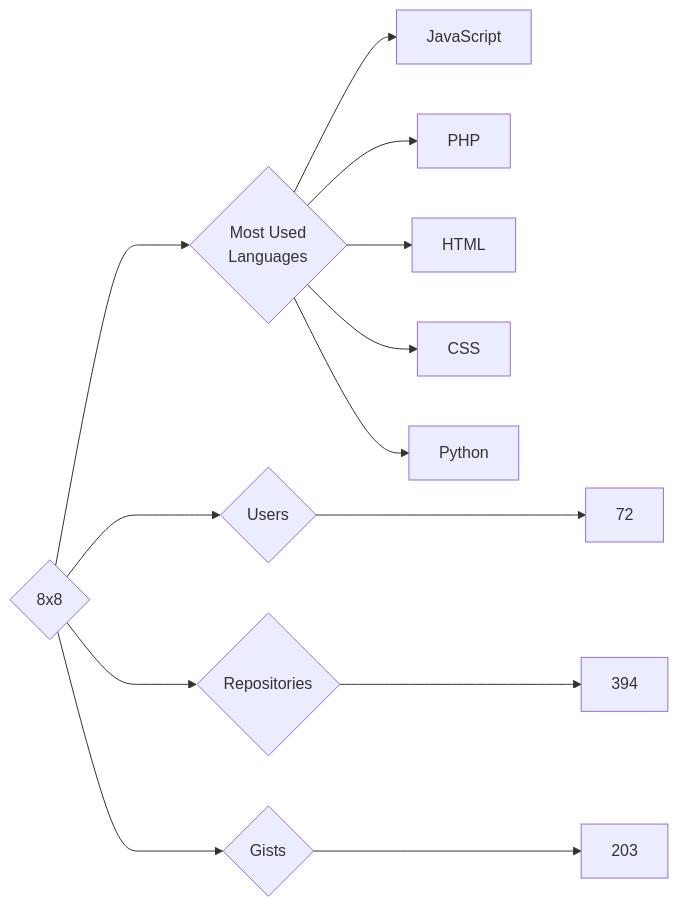
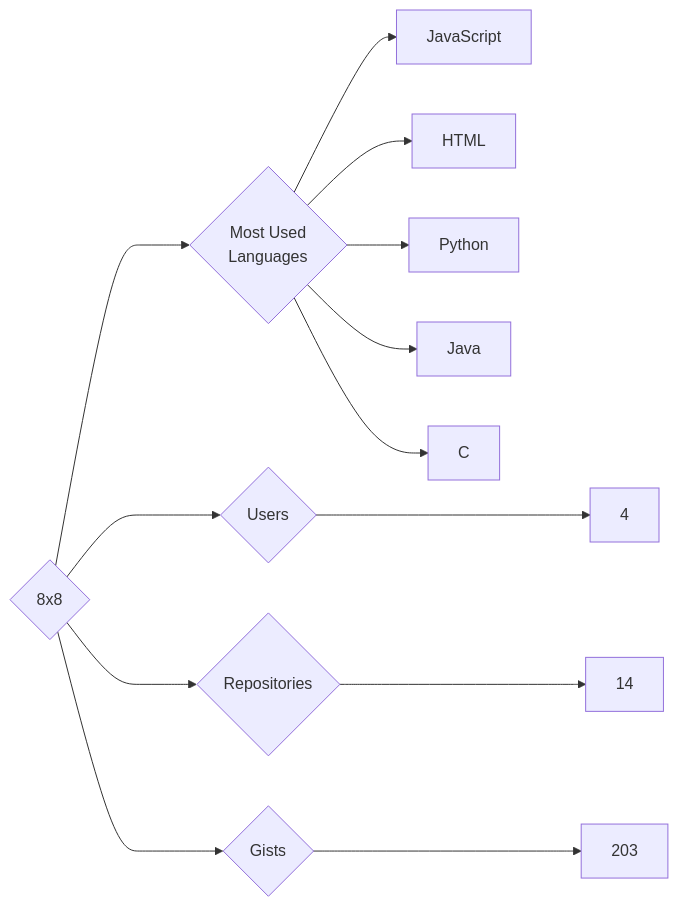
The diagram in targets/8x8/README.md (trickest/insiders), drawn with Mermaid before and after one commit. The commit also changed 942 other files, not shown here.

````diff
--- a/targets/8x8/README.md
+++ b/targets/8x8/README.md
@@ -3,13 +3,13 @@
 ```mermaid
 graph LR
 COMPANY_NAME{8x8}
-COMPANY_NAME ---> U{Users} ---> UN[72]
-COMPANY_NAME ---> R{Repositories} ---> RN[394]
+COMPANY_NAME ---> U{Users} ---> UN[4]
+COMPANY_NAME ---> R{Repositories} ---> RN[14]
 COMPANY_NAME ---> G{Gists} ---> GN[203]
 COMPANY_NAME ---> ML{Most Used<br>Languages}
 ML --> JavaScript[JavaScript]
-ML --> PHP[PHP]
 ML --> HTML[HTML]
-ML --> CSS[CSS]
 ML --> Python[Python]
+ML --> Java[Java]
+ML --> C[C]
 ```
````
